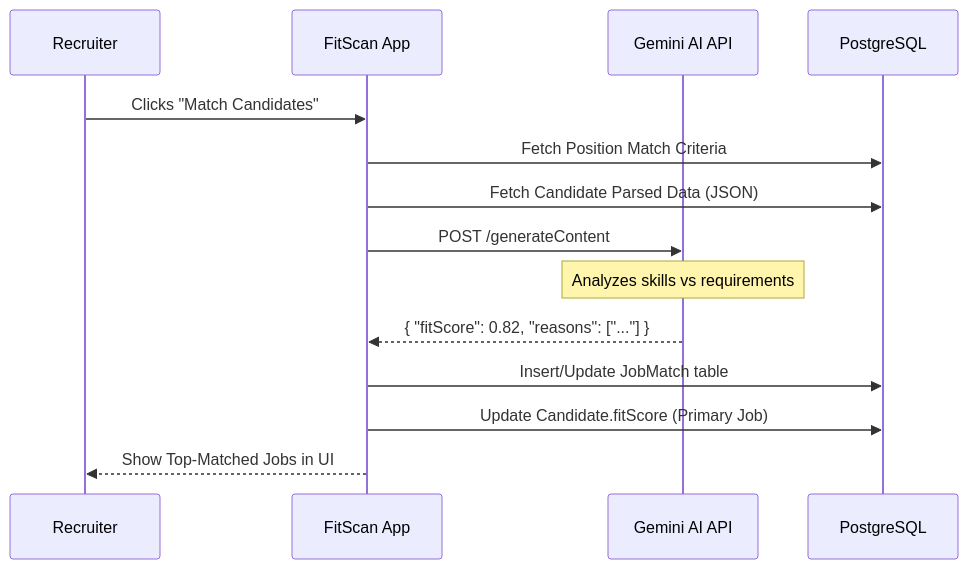
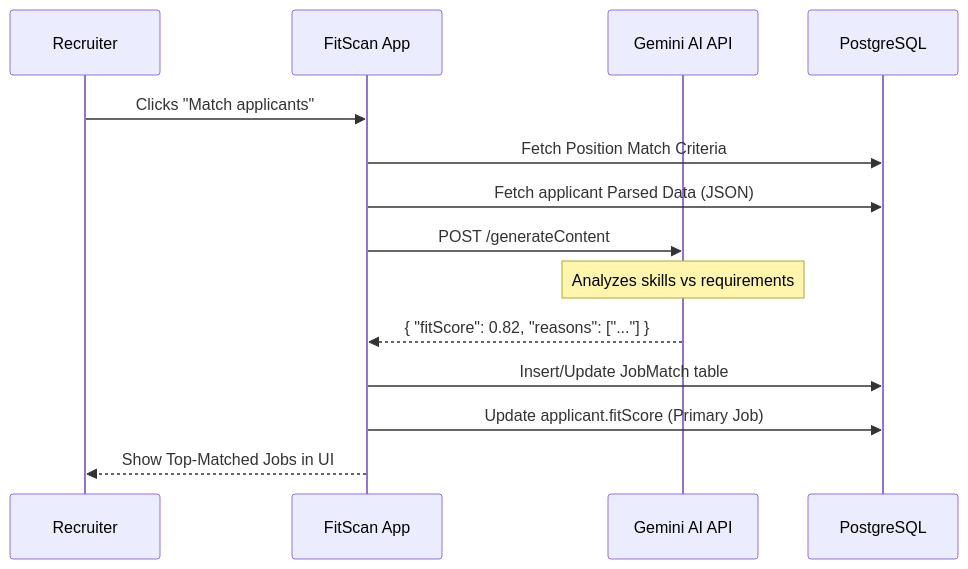
Before and after one commit to poojaroonwit/studio: the diagram in docs/workflows/Job Matching Flow.md, drawn with Mermaid. The commit also changed other lines of this file and 374 other files, not shown here.

Commit message:
Refactor: Rename candidate to applicant terminology and update related components

````diff
--- a/docs/workflows/Job Matching Flow.md
+++ b/docs/workflows/Job Matching Flow.md
@@ -15,21 +15,21 @@
 ```mermaid
 sequenceDiagram
     participant Rec as Recruiter
     participant App as FitScan App
     participant Gemini as Gemini AI API
     participant DB as PostgreSQL
 
-    Rec->>App: Clicks "Match Candidates"
+    Rec->>App: Clicks "Match applicants"
     App->>DB: Fetch Position Match Criteria
-    App->>DB: Fetch Candidate Parsed Data (JSON)
+    App->>DB: Fetch applicant Parsed Data (JSON)
     
     App->>Gemini: POST /generateContent
     Note over Gemini: Analyzes skills vs requirements
     
     Gemini-->>App: { "fitScore": 0.82, "reasons": ["..."] }
     
     App->>DB: Insert/Update JobMatch table
-    App->>DB: Update Candidate.fitScore (Primary Job)
+    App->>DB: Update applicant.fitScore (Primary Job)
     
     App-->>Rec: Show Top-Matched Jobs in UI
 ```
````
